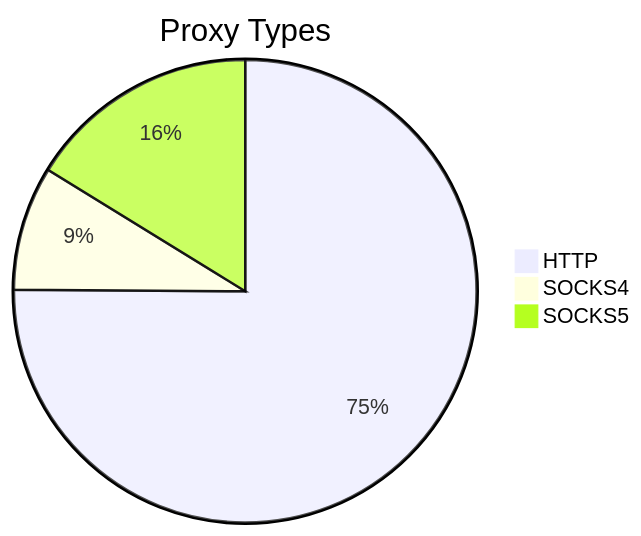
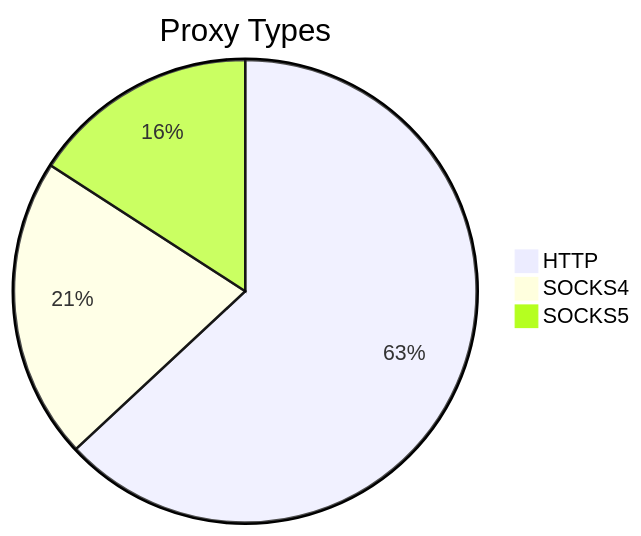
The first of 2 diagrams in README.md (stormsia/proxy-list), drawn with Mermaid before and after one commit. The commit also changed other lines of this file, not shown here.

````diff
--- a/README.md
+++ b/README.md
@@ -21,6 +21,6 @@
 ```mermaid
 pie title Proxy Types
-    "HTTP" : 389
-    "SOCKS4" : 45
-    "SOCKS5" : 84
+    "HTTP" : 338
+    "SOCKS4" : 113
+    "SOCKS5" : 85
 ```
````
